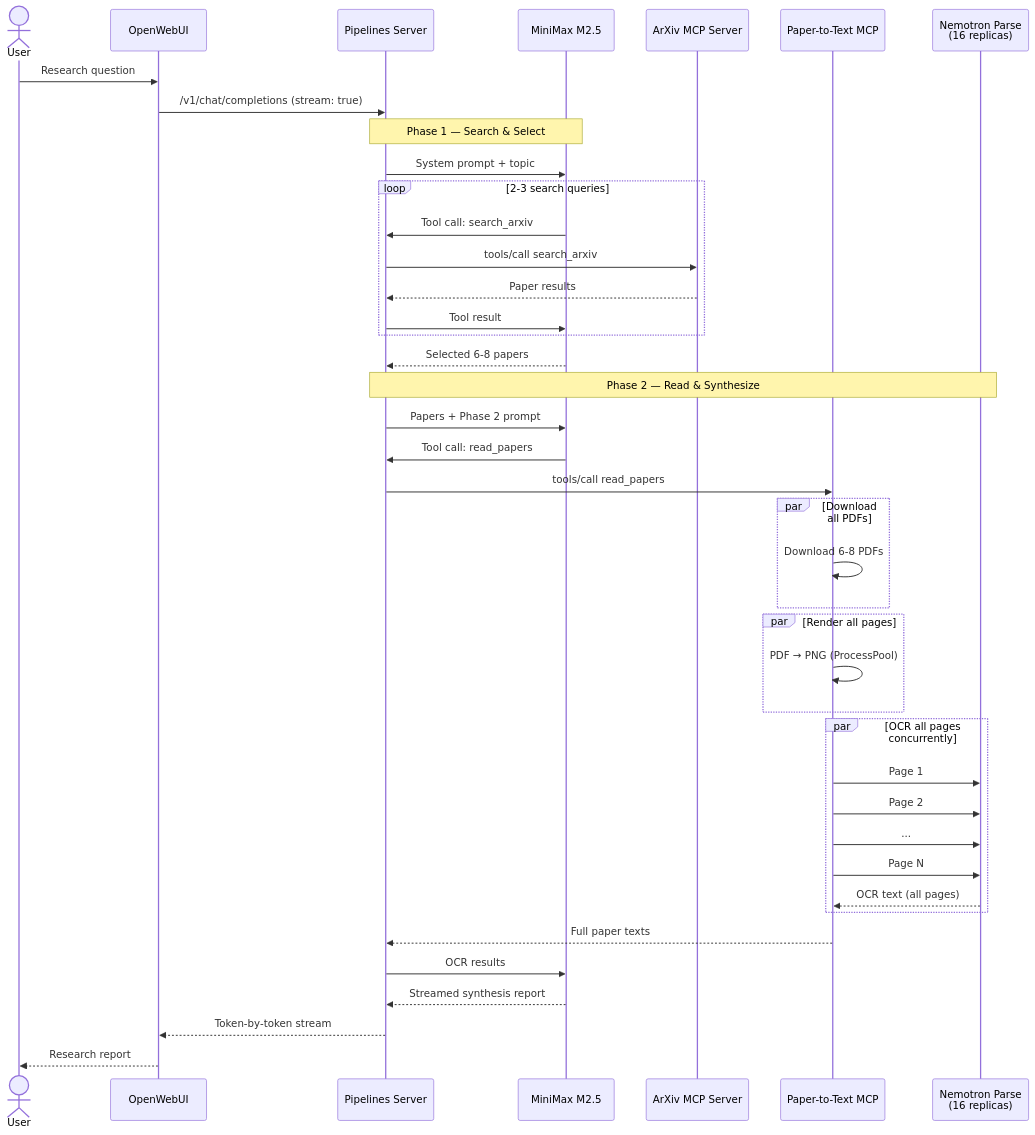
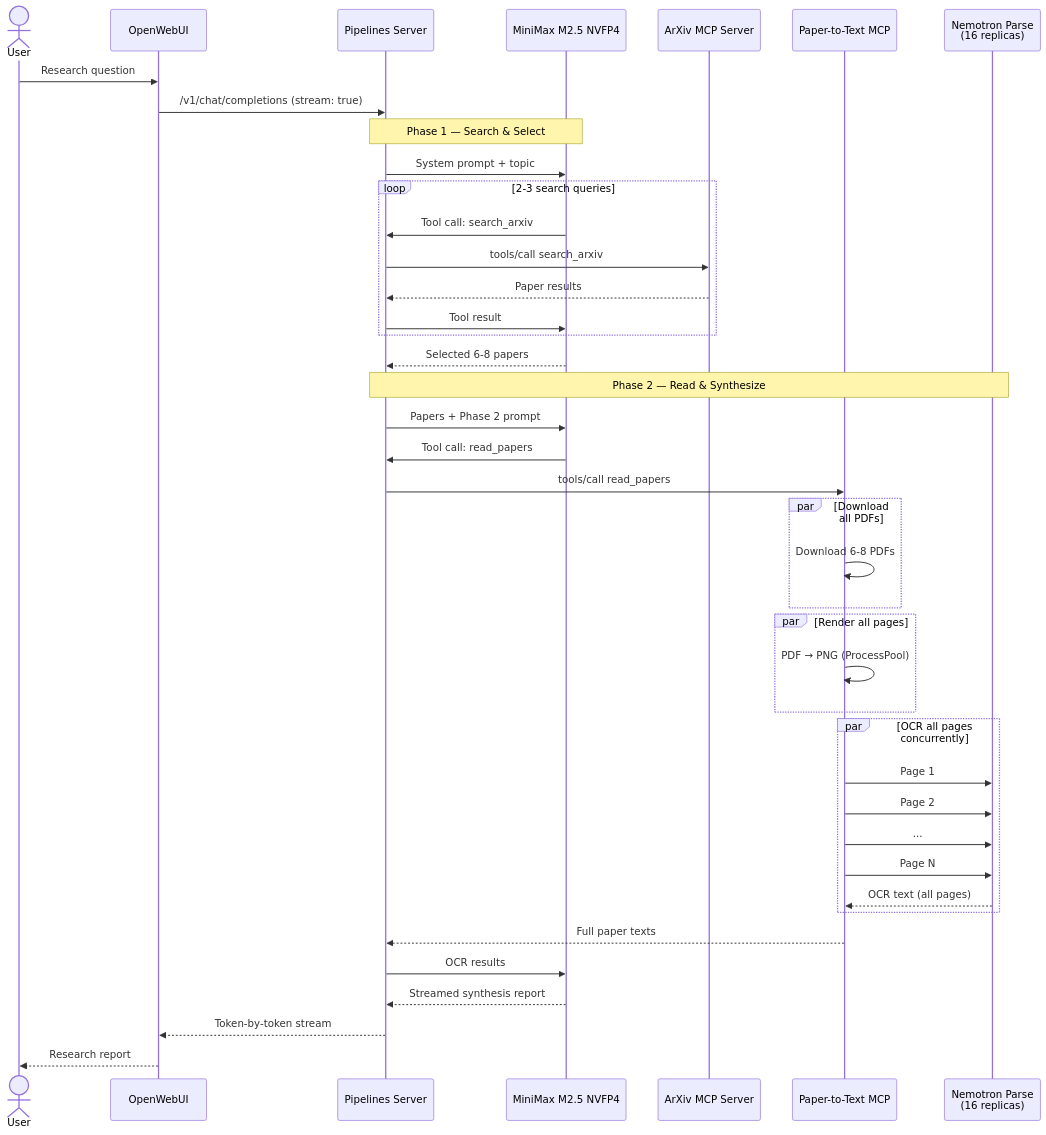
One commit to akamai-developers/multimodal-kuberay changed the third of 3 diagrams in README.md. Above: the diagram before and after it, drawn with Mermaid. The commit also changed other lines of this file and 10 other files, not shown here.

````diff
--- a/README.md
+++ b/README.md
@@ -143,50 +149,50 @@
 ```mermaid
 sequenceDiagram
     actor User
     participant WebUI as OpenWebUI
     participant Pipe as Pipelines Server
-    participant MM as MiniMax M2.5
+    participant MM as MiniMax M2.5 NVFP4
     participant ArXiv as ArXiv MCP Server
     participant PaperMCP as Paper-to-Text MCP
     participant NP as Nemotron Parse<br/>(16 replicas)
 
     User->>WebUI: Research question
     WebUI->>Pipe: /v1/chat/completions (stream: true)
 
     Note over Pipe,MM: Phase 1 — Search & Select
 
     Pipe->>MM: System prompt + topic
     loop 2-3 search queries
         MM->>Pipe: Tool call: search_arxiv
         Pipe->>ArXiv: tools/call search_arxiv
         ArXiv-->>Pipe: Paper results
         Pipe->>MM: Tool result
     end
     MM-->>Pipe: Selected 6-8 papers
 
     Note over Pipe,NP: Phase 2 — Read & Synthesize
 
     Pipe->>MM: Papers + Phase 2 prompt
     MM->>Pipe: Tool call: read_papers
     Pipe->>PaperMCP: tools/call read_papers
 
     par Download all PDFs
         PaperMCP->>PaperMCP: Download 6-8 PDFs
     end
     par Render all pages
         PaperMCP->>PaperMCP: PDF → PNG (ProcessPool)
     end
     par OCR all pages concurrently
         PaperMCP->>NP: Page 1
         PaperMCP->>NP: Page 2
         PaperMCP->>NP: ...
         PaperMCP->>NP: Page N
         NP-->>PaperMCP: OCR text (all pages)
     end
 
     PaperMCP-->>Pipe: Full paper texts
     Pipe->>MM: OCR results
     MM-->>Pipe: Streamed synthesis report
     Pipe-->>WebUI: Token-by-token stream
     WebUI-->>User: Research report
 ```
````
